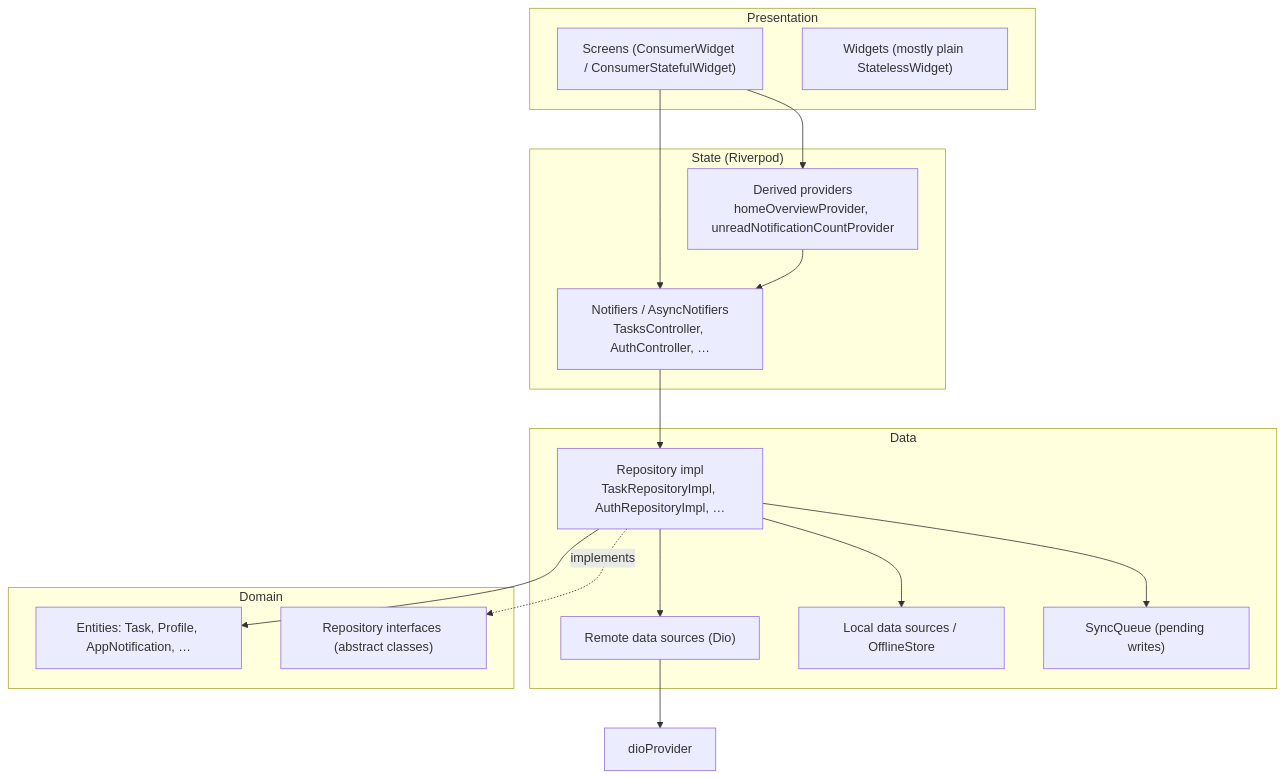
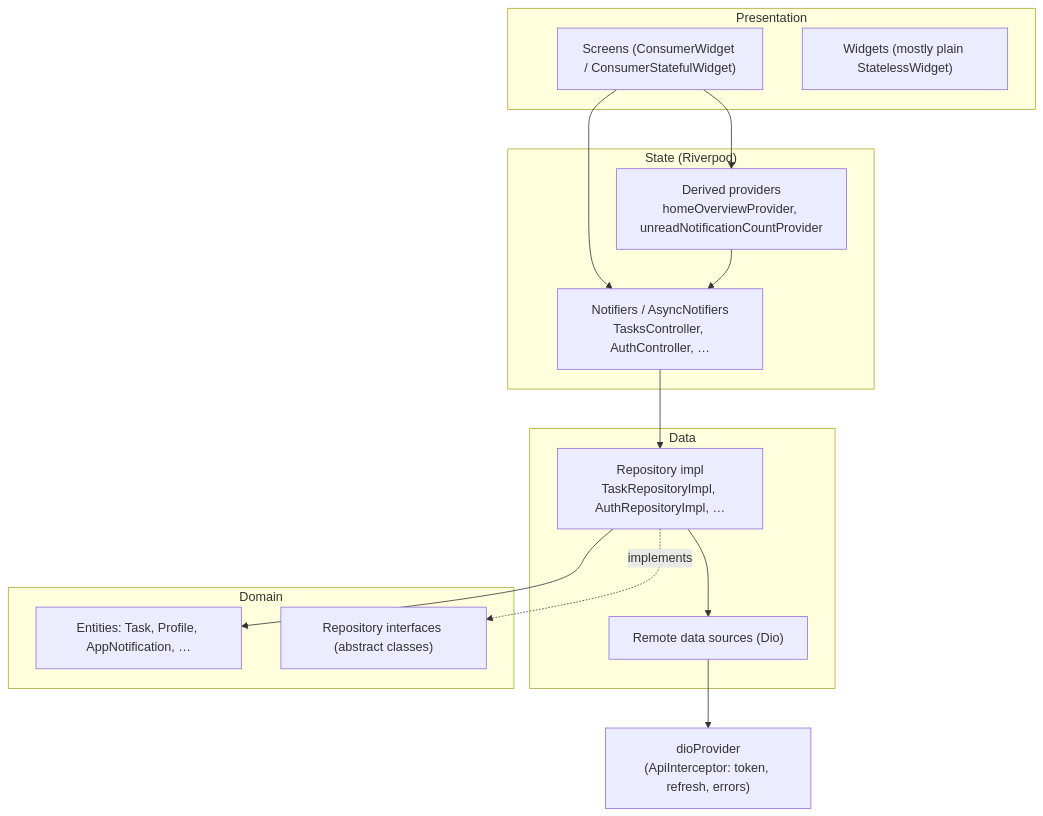
One commit to leyakassir/taskflow-mobile changed the first of 2 diagrams in docs/technical_defense/03_ARCHITECTURE_AND_RIVERPOD.md. Above: the diagram before and after it, drawn with Mermaid. The commit also changed other lines of this file and 14 other files, not shown here.

Commit message:
Update technical defense docs: offline mode removed, token refresh

````diff
--- a/docs/technical_defense/03_ARCHITECTURE_AND_RIVERPOD.md
+++ b/docs/technical_defense/03_ARCHITECTURE_AND_RIVERPOD.md
@@ -9,31 +9,27 @@
 ```mermaid
 flowchart TB
   subgraph Presentation
     S["Screens (ConsumerWidget / ConsumerStatefulWidget)"]
     W["Widgets (mostly plain StatelessWidget)"]
   end
   subgraph State["State (Riverpod)"]
     N["Notifiers / AsyncNotifiers<br/>TasksController, AuthController, …"]
     D["Derived providers<br/>homeOverviewProvider, unreadNotificationCountProvider"]
   end
   subgraph Data
     R["Repository impl<br/>TaskRepositoryImpl, AuthRepositoryImpl, …"]
     RDS["Remote data sources (Dio)"]
-    LDS["Local data sources / OfflineStore"]
-    Q["SyncQueue (pending writes)"]
   end
   subgraph Domain
     E["Entities: Task, Profile, AppNotification, …"]
     I["Repository interfaces (abstract classes)"]
   end
   S --> N
   S --> D
   D --> N
   N --> R
   R -.implements.-> I
   R --> RDS
-  R --> LDS
-  R --> Q
-  RDS --> DIO["dioProvider"]
+  RDS --> DIO["dioProvider<br/>(ApiInterceptor: token, refresh, errors)"]
   R --> E
 ```
````
